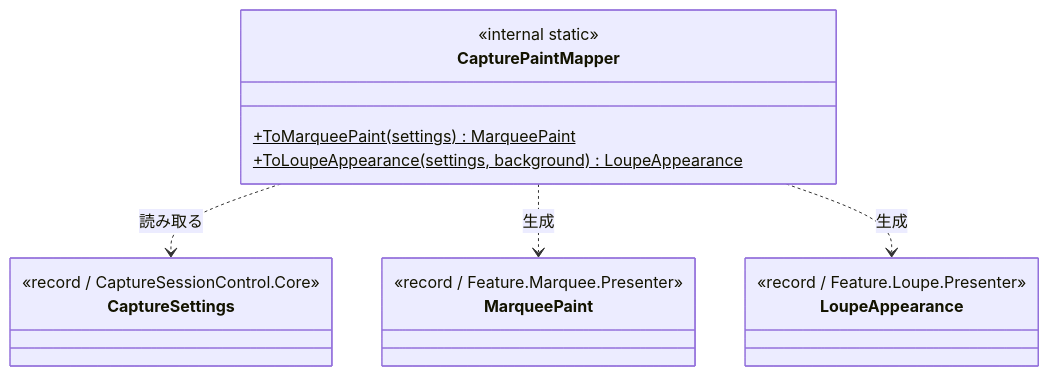
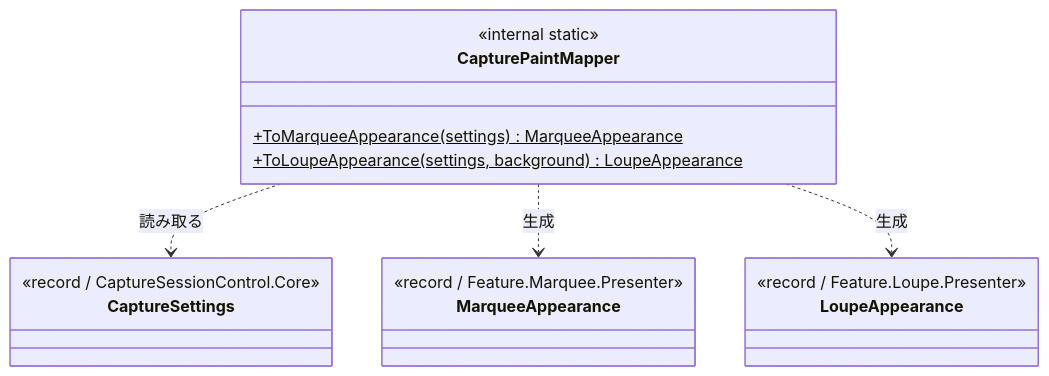
One commit to tomokuni/SaveEvidence changed the second of 3 diagrams in src/CaptureSessionControl.UIBase/SPEC_System.md. Above: the diagram before and after it, drawn with Mermaid. The commit also changed other lines of this file and 33 other files, not shown here.

````diff
--- a/src/CaptureSessionControl.UIBase/SPEC_System.md
+++ b/src/CaptureSessionControl.UIBase/SPEC_System.md
@@ -54,21 +54,21 @@
 ```mermaid
 classDiagram
   class CapturePaintMapper {
     <<internal static>>
-    +ToMarqueePaint(settings)$ MarqueePaint
+    +ToMarqueeAppearance(settings)$ MarqueeAppearance
     +ToLoupeAppearance(settings, background)$ LoupeAppearance
   }
   class CaptureSettings {
     <<record / CaptureSessionControl.Core>>
   }
-  class MarqueePaint {
+  class MarqueeAppearance {
     <<record / Feature.Marquee.Presenter>>
   }
   class LoupeAppearance {
     <<record / Feature.Loupe.Presenter>>
   }
 
   CapturePaintMapper ..> CaptureSettings : 読み取る
-  CapturePaintMapper ..> MarqueePaint : 生成
+  CapturePaintMapper ..> MarqueeAppearance : 生成
   CapturePaintMapper ..> LoupeAppearance : 生成
 ```
````
